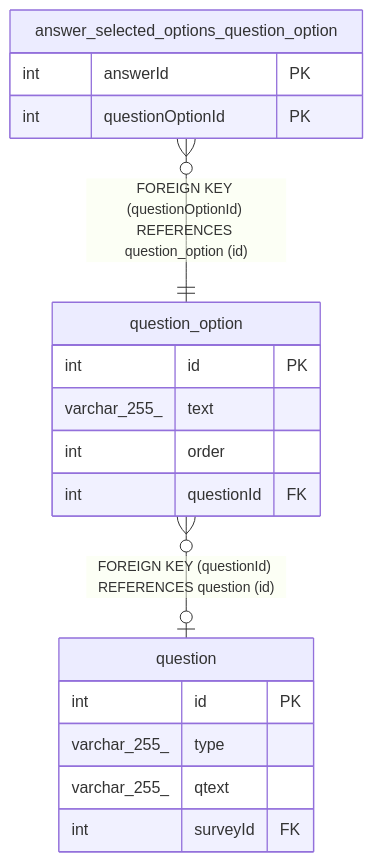
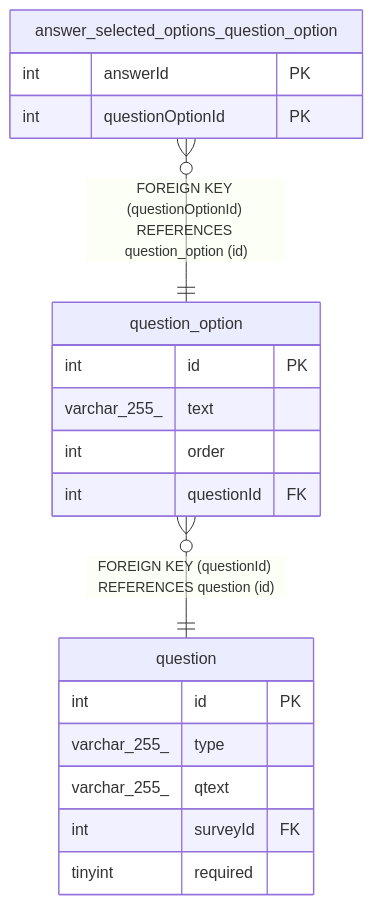
Before and after one commit to BepHblVI/First-nest: the diagram in docs/database/question_option.md, drawn with Mermaid. The commit also changed other lines of this file and 16 other files, not shown here.

````diff
--- a/docs/database/question_option.md
+++ b/docs/database/question_option.md
@@ -47,23 +47,24 @@
 ```mermaid
 erDiagram
 
 "answer_selected_options_question_option" }o--|| "question_option" : "FOREIGN KEY (questionOptionId) REFERENCES question_option (id)"
-"question_option" }o--o| "question" : "FOREIGN KEY (questionId) REFERENCES question (id)"
+"question_option" }o--|| "question" : "FOREIGN KEY (questionId) REFERENCES question (id)"
 
 "question_option" {
   int id PK
   varchar_255_ text
   int order
   int questionId FK
 }
 "answer_selected_options_question_option" {
   int answerId PK
   int questionOptionId PK
 }
 "question" {
   int id PK
   varchar_255_ type
   varchar_255_ qtext
   int surveyId FK
+  tinyint required
 }
 ```
````
